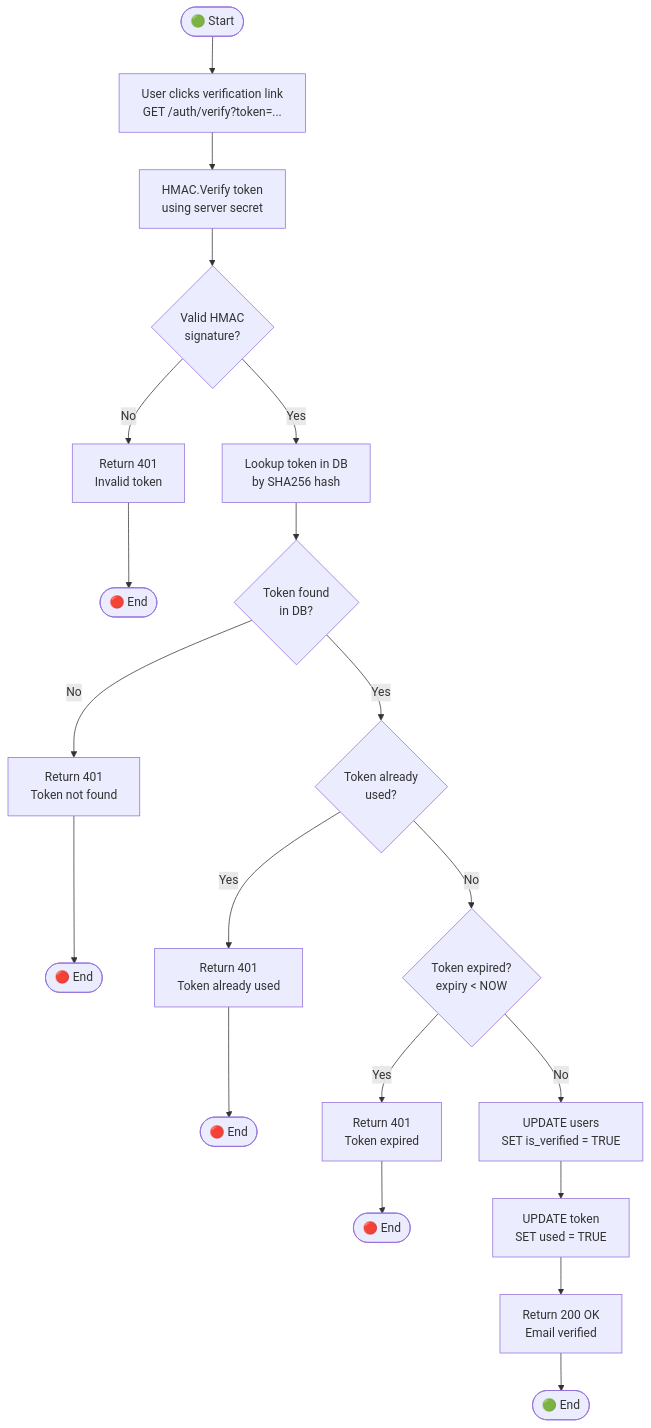
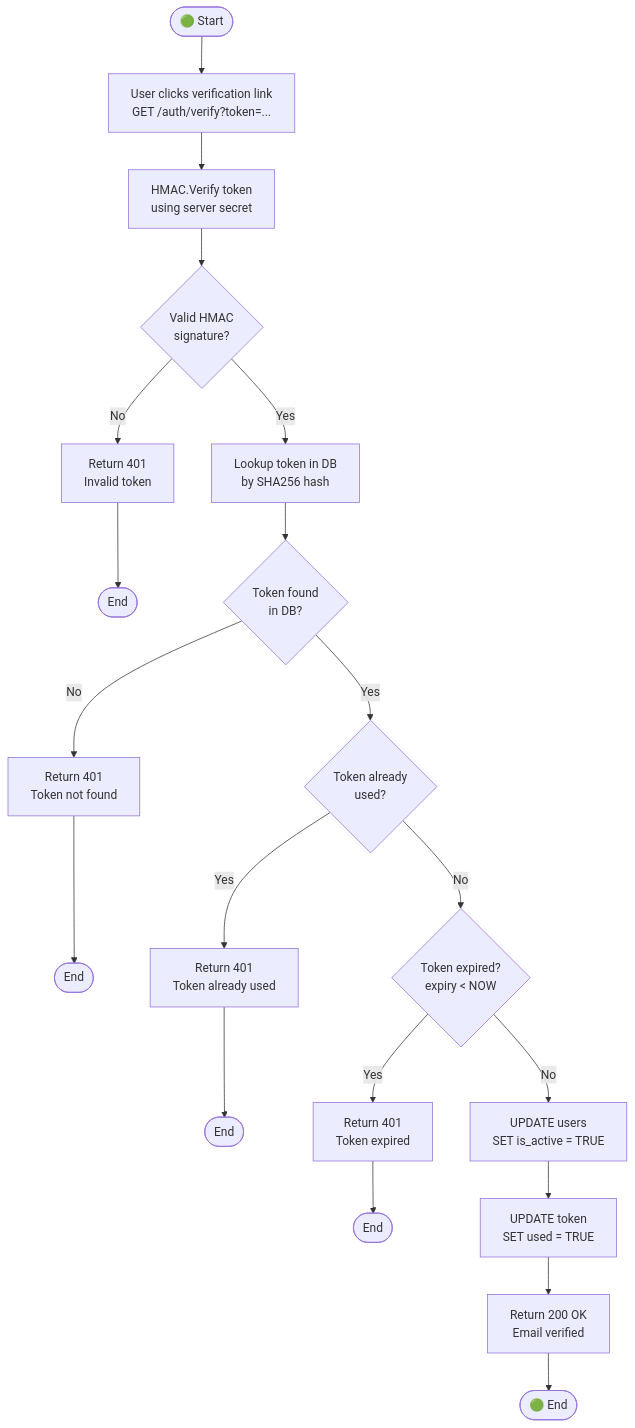
The second of 9 diagrams in docs/diagrams/Activity_Diagrams.md (ABDELRAHMAN-ELRAYES/Vai), drawn with Mermaid before and after one commit. The commit also changed other lines of this file and 14 other files, not shown here.

````diff
--- a/docs/diagrams/Activity_Diagrams.md
+++ b/docs/diagrams/Activity_Diagrams.md
@@ -36,26 +36,26 @@
 ```mermaid
 flowchart TD
     Start([🟢 Start]) --> A[User clicks verification link\nGET /auth/verify?token=...]
     A --> B[HMAC.Verify token\nusing server secret]
     B --> C{Valid HMAC\nsignature?}
     C -->|No| D[Return 401\nInvalid token]
-    D --> End1([🔴 End])
+    D --> End1([End])
 
     C -->|Yes| E[Lookup token in DB\nby SHA256 hash]
     E --> F{Token found\nin DB?}
     F -->|No| G[Return 401\nToken not found]
-    G --> End2([🔴 End])
+    G --> End2([End])
 
     F -->|Yes| H{Token already\nused?}
     H -->|Yes| I[Return 401\nToken already used]
-    I --> End3([🔴 End])
+    I --> End3([End])
 
     H -->|No| J{Token expired?\nexpiry < NOW}
     J -->|Yes| K[Return 401\nToken expired]
-    K --> End4([🔴 End])
+    K --> End4([End])
 
-    J -->|No| L[UPDATE users\nSET is_verified = TRUE]
+    J -->|No| L[UPDATE users\nSET is_active = TRUE]
     L --> M[UPDATE token\nSET used = TRUE]
     M --> N[Return 200 OK\nEmail verified]
     N --> End5([🟢 End])
 ```
````
